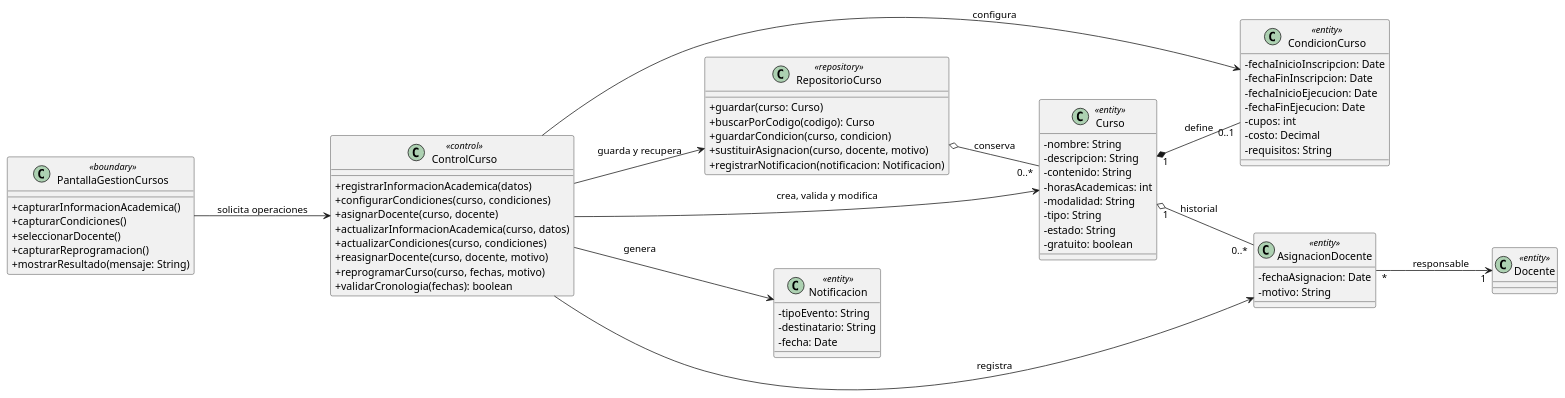
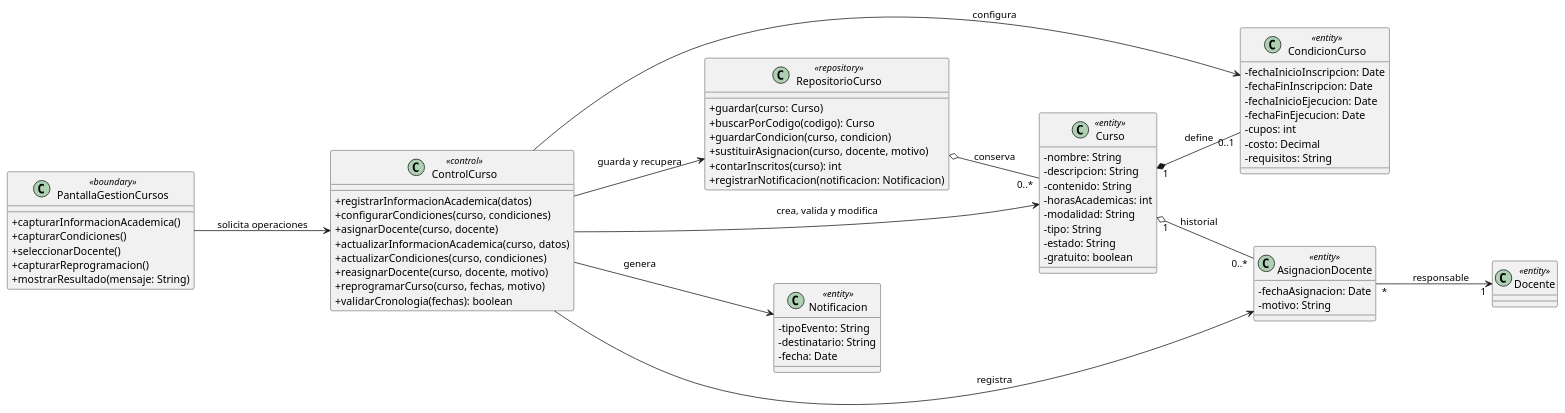
One commit to andrescardenase77-web/AndresCardenas_36839_G3_ADSW changed the diagram in sic-modelado/CU04_GestionarCursos.puml. Above: the diagram before and after it, drawn with PlantUML.

Commit message:
Modelado del CU-04 V2 agrega contarInscritos al repositorio

```diff
--- a/sic-modelado/CU04_GestionarCursos.puml
+++ b/sic-modelado/CU04_GestionarCursos.puml
@@ -1,81 +1,82 @@
 @startuml 
  /' 
  Archivo: CU04_GestionarCursos.puml 
  Versión: v1.0 | Fecha: 2026-11-11 | Equipo: Cárdenas, Bohórquez, Benalcázar 
  Trazabilidad: RF-08 a RF-14 -> CU-04 -> Sprints 3 y 4 
  Modelo LLM: Claude (Anthropic) 
  PROMPT: Actúa como analista de software. Con los requisitos atómicos RF-08 a RF-14 
  del CU-04 (registrar y actualizar información académica y condiciones de 
  inscripción, asignar y reasignar docente, reprogramar curso) genera un diagrama 
  de clases de análisis en PlantUML con boundary, control, entity y repository. 
  Usa PantallaGestionCursos y ControlCurso. Solo código PlantUML. 
  '/ 
  skinparam classAttributeIconSize 0 
  skinparam shadowing false 
  left to right direction 
   
 class PantallaGestionCursos <<boundary>> { 
    +capturarInformacionAcademica() 
    +capturarCondiciones() 
    +seleccionarDocente() 
    +capturarReprogramacion() 
    +mostrarResultado(mensaje: String) 
  } 
  class ControlCurso <<control>> { 
    +registrarInformacionAcademica(datos) 
    +configurarCondiciones(curso, condiciones) 
    +asignarDocente(curso, docente) 
    +actualizarInformacionAcademica(curso, datos) 
    +actualizarCondiciones(curso, condiciones) 
    +reasignarDocente(curso, docente, motivo) 
    +reprogramarCurso(curso, fechas, motivo) 
    +validarCronologia(fechas): boolean 
  } 
  class Curso <<entity>> { 
    -nombre: String 
    -descripcion: String 
    -contenido: String 
    -horasAcademicas: int 
    -modalidad: String 
    -tipo: String 
    -estado: String 
    -gratuito: boolean 
  } 
  class CondicionCurso <<entity>> { 
    -fechaInicioInscripcion: Date 
    -fechaFinInscripcion: Date 
    -fechaInicioEjecucion: Date 
    -fechaFinEjecucion: Date 
    -cupos: int 
    -costo: Decimal 
    -requisitos: String 
  } 
  class AsignacionDocente <<entity>> { 
    -fechaAsignacion: Date 
    -motivo: String 
  } 
  class Notificacion <<entity>> { 
    -tipoEvento: String 
    -destinatario: String 
    -fecha: Date 
  } 
  class Docente <<entity>> 
  class RepositorioCurso <<repository>> { 
    +guardar(curso: Curso) 
    +buscarPorCodigo(codigo): Curso 
    +guardarCondicion(curso, condicion) 
    +sustituirAsignacion(curso, docente, motivo) 
+   +contarInscritos(curso): int
    +registrarNotificacion(notificacion: Notificacion) 
  } 
   
 PantallaGestionCursos --> ControlCurso : solicita operaciones 
  ControlCurso --> Curso : crea, valida y modifica 
  ControlCurso --> CondicionCurso : configura 
  ControlCurso --> AsignacionDocente : registra 
  ControlCurso --> Notificacion : genera 
  ControlCurso --> RepositorioCurso : guarda y recupera 
  RepositorioCurso o-- "0..*" Curso : conserva 
  Curso "1" *-- "0..1" CondicionCurso : define 
  Curso "1" o-- "0..*" AsignacionDocente : historial 
  AsignacionDocente "*" --> "1" Docente : responsable 
  @enduml 
```
